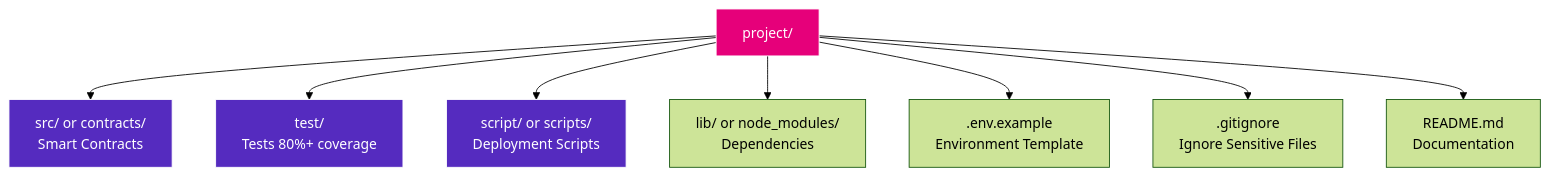
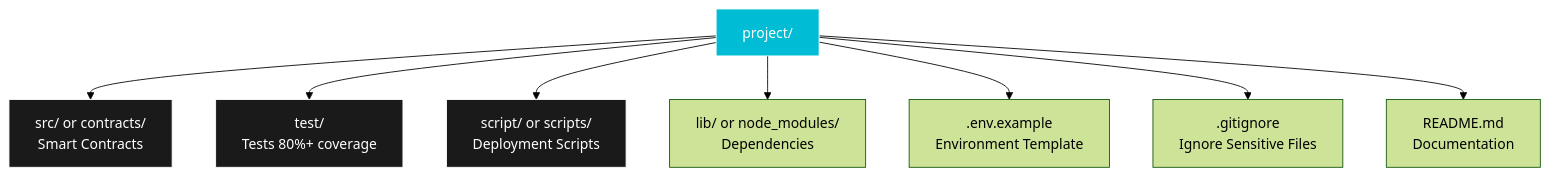
The fifth of 5 diagrams in slides/evm-tooling-development-setup.md (openguild-labs/polkadot-codecamp), drawn with Mermaid (forest theme) before and after one commit. The commit also changed other lines of this file and 6 other files, not shown here.

````diff
--- a/slides/evm-tooling-development-setup.md
+++ b/slides/evm-tooling-development-setup.md
@@ -1170,17 +1170,17 @@
 ```mermaid
 graph TB
     PROJ[project/]
 
     PROJ --> SRC[src/ or contracts/<br/>Smart Contracts]
     PROJ --> TEST[test/<br/>Tests 80%+ coverage]
     PROJ --> SCRIPT[script/ or scripts/<br/>Deployment Scripts]
     PROJ --> LIB[lib/ or node_modules/<br/>Dependencies]
     PROJ --> ENV[.env.example<br/>Environment Template]
     PROJ --> GIT[.gitignore<br/>Ignore Sensitive Files]
     PROJ --> README[README.md<br/>Documentation]
 
-    style PROJ fill:#E6007A,stroke:#fff,color:#fff
-    style SRC fill:#552BBF,stroke:#fff,color:#fff
-    style TEST fill:#552BBF,stroke:#fff,color:#fff
-    style SCRIPT fill:#552BBF,stroke:#fff,color:#fff
+    style PROJ fill:#00BCD4,stroke:#fff,color:#fff
+    style SRC fill:#1a1a1a,stroke:#fff,color:#fff
+    style TEST fill:#1a1a1a,stroke:#fff,color:#fff
+    style SCRIPT fill:#1a1a1a,stroke:#fff,color:#fff
 ```
````
